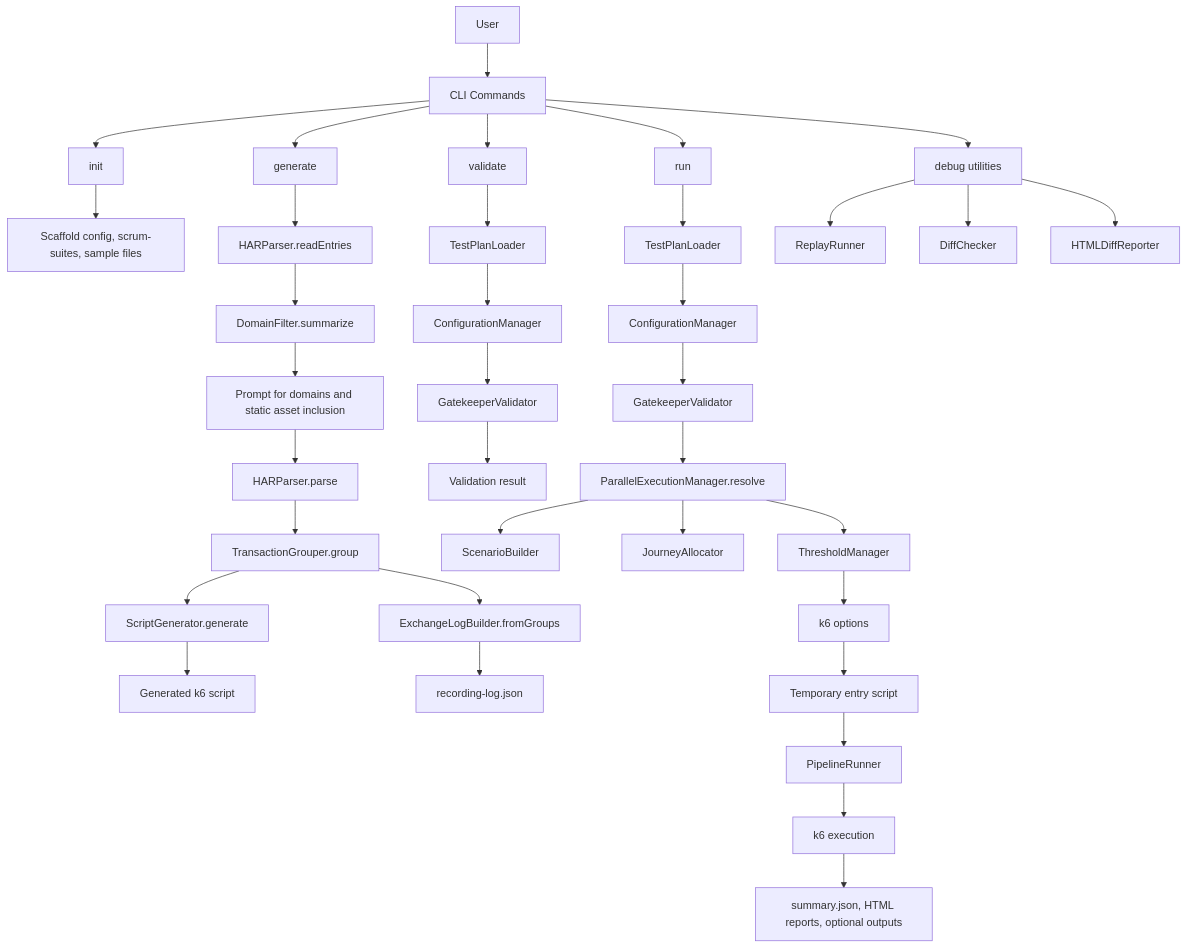
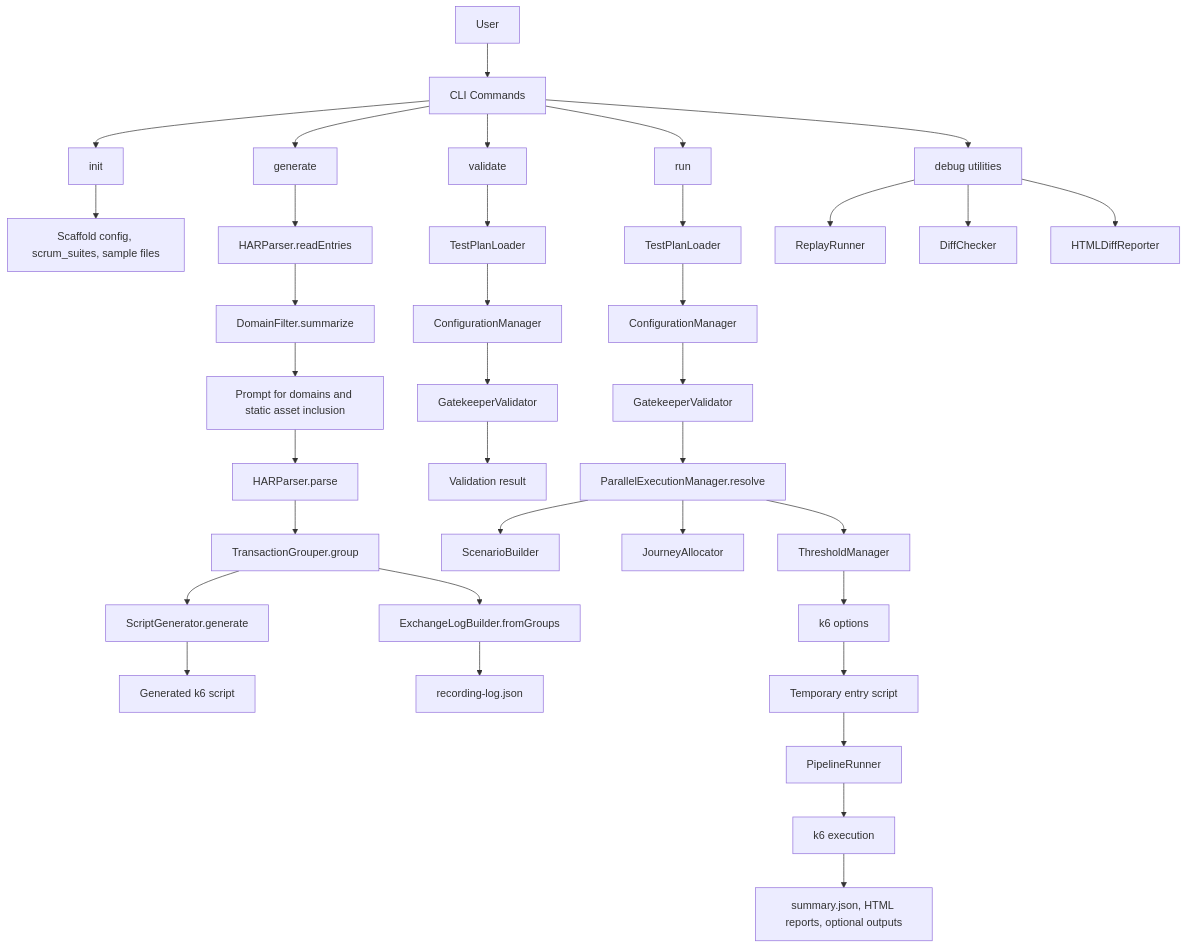
Before and after one commit to Mechavenger-adi/PerfFramework_k6: the first of 10 diagrams in Current-Framework-Flow.md, drawn with Mermaid. The commit also changed other lines of this file and 311 other files, not shown here.

````diff
--- a/Current-Framework-Flow.md
+++ b/Current-Framework-Flow.md
@@ -9,44 +9,44 @@
 ```mermaid
 flowchart TD
     U[User] --> CLI[CLI Commands]
 
     CLI --> INIT[init]
     CLI --> GEN[generate]
     CLI --> VAL[validate]
     CLI --> RUN[run]
     CLI --> DBG[debug utilities]
 
-    INIT --> INIT_SCAFFOLD[Scaffold config, scrum-suites, sample files]
+    INIT --> INIT_SCAFFOLD[Scaffold config, scrum_suites, sample files]
 
     GEN --> HAR_READ[HARParser.readEntries]
     HAR_READ --> DOMAIN_SUMMARY[DomainFilter.summarize]
     DOMAIN_SUMMARY --> DOMAIN_PROMPTS[Prompt for domains and static asset inclusion]
     DOMAIN_PROMPTS --> HAR_PARSE[HARParser.parse]
     HAR_PARSE --> TXN_GROUP[TransactionGrouper.group]
     TXN_GROUP --> SCRIPT_GEN[ScriptGenerator.generate]
     TXN_GROUP --> REC_LOG[ExchangeLogBuilder.fromGroups]
     SCRIPT_GEN --> SCRIPT_OUT[Generated k6 script]
     REC_LOG --> REC_LOG_OUT[recording-log.json]
 
     VAL --> PLAN_LOAD[TestPlanLoader]
     PLAN_LOAD --> CONFIG_RESOLVE[ConfigurationManager]
     CONFIG_RESOLVE --> GATEKEEPER[GatekeeperValidator]
     GATEKEEPER --> VAL_RESULT[Validation result]
 
     RUN --> RUN_PLAN[TestPlanLoader]
     RUN_PLAN --> RUN_CONFIG[ConfigurationManager]
     RUN_CONFIG --> RUN_GATE[GatekeeperValidator]
     RUN_GATE --> PAR_EXEC[ParallelExecutionManager.resolve]
     PAR_EXEC --> SCENARIO_BUILD[ScenarioBuilder]
     PAR_EXEC --> JOURNEY_ALLOC[JourneyAllocator]
     PAR_EXEC --> THRESHOLDS[ThresholdManager]
     THRESHOLDS --> K6_OPTIONS[k6 options]
     K6_OPTIONS --> TEMP_ENTRY[Temporary entry script]
     TEMP_ENTRY --> PIPELINE[PipelineRunner]
     PIPELINE --> K6_RUN[k6 execution]
     K6_RUN --> REPORTS[summary.json, HTML reports, optional outputs]
 
     DBG --> REPLAY_RUN[ReplayRunner]
     DBG --> DIFF[DiffChecker]
     DBG --> HTML_DIFF[HTMLDiffReporter]
 ```
````
